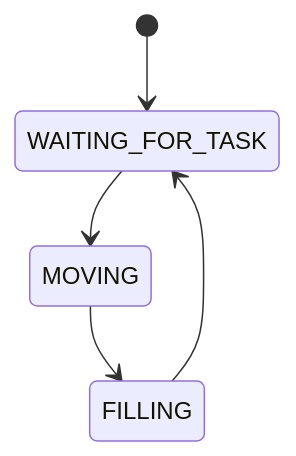
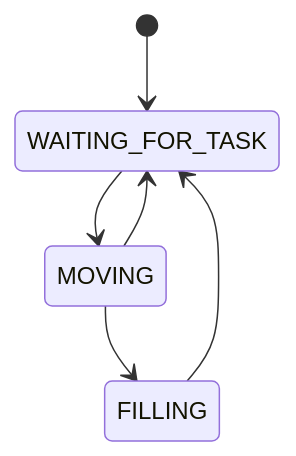
Before and after one commit to Aleks334/RoboBarman: the second of 3 diagrams in README.md, drawn with Mermaid. The commit also changed other lines of this file and 1 other file, not shown here.

````diff
--- a/README.md
+++ b/README.md
@@ -78,7 +83,8 @@
 ```mermaid
 stateDiagram-v2
     [*] --> WAITING_FOR_TASK
     WAITING_FOR_TASK --> MOVING
+    MOVING --> WAITING_FOR_TASK
     MOVING --> FILLING
     FILLING --> WAITING_FOR_TASK
 ```
````
